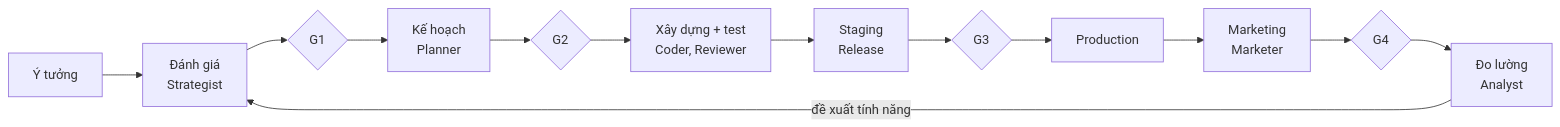
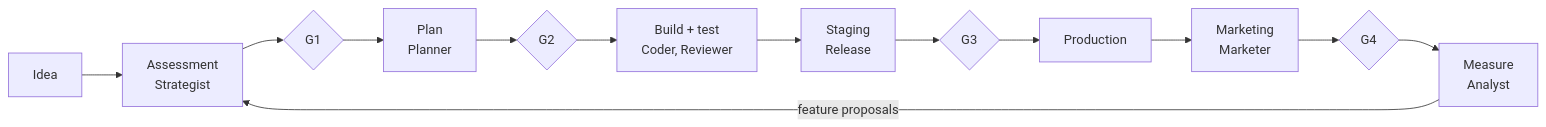
The diagram in docs/architecture.md (luantran069/project-os-core), drawn with Mermaid before and after one commit. The commit also changed other lines of this file and 7 other files, not shown here.

````diff
--- a/docs/architecture.md
+++ b/docs/architecture.md
@@ -8,9 +8,9 @@
 ```mermaid
 flowchart LR
-  I[Ý tưởng] --> S[Đánh giá<br/>Strategist] --> G1{G1}
-  G1 --> P[Kế hoạch<br/>Planner] --> G2{G2}
-  G2 --> B[Xây dựng + test<br/>Coder, Reviewer] --> ST[Staging<br/>Release]
+  I[Idea] --> S[Assessment<br/>Strategist] --> G1{G1}
+  G1 --> P[Plan<br/>Planner] --> G2{G2}
+  G2 --> B[Build + test<br/>Coder, Reviewer] --> ST[Staging<br/>Release]
   ST --> G3{G3} --> PR[Production]
-  PR --> M[Marketing<br/>Marketer] --> G4{G4} --> A[Đo lường<br/>Analyst]
-  A -->|đề xuất tính năng| S
+  PR --> M[Marketing<br/>Marketer] --> G4{G4} --> A[Measure<br/>Analyst]
+  A -->|feature proposals| S
 ```
````
